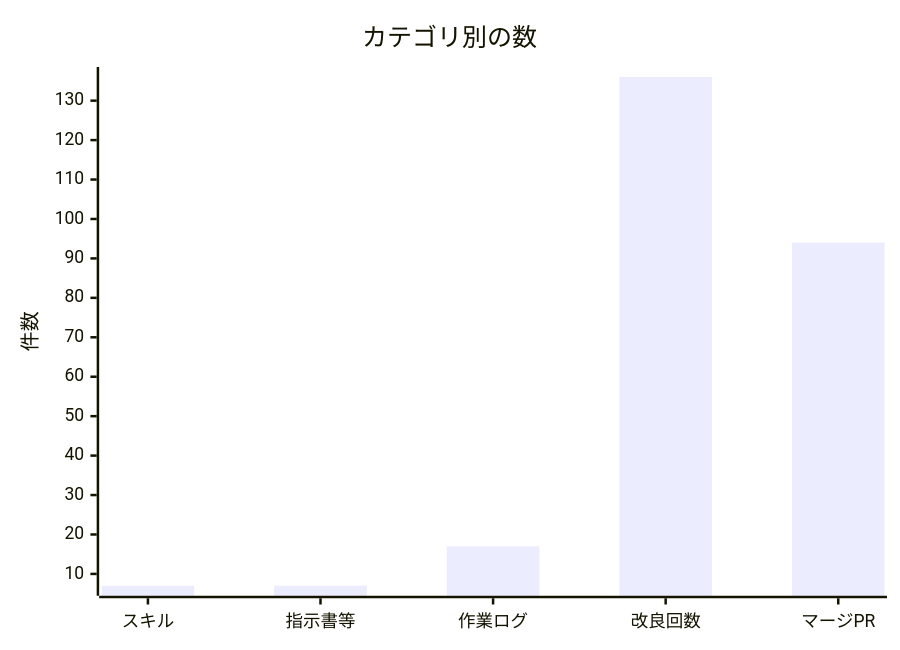
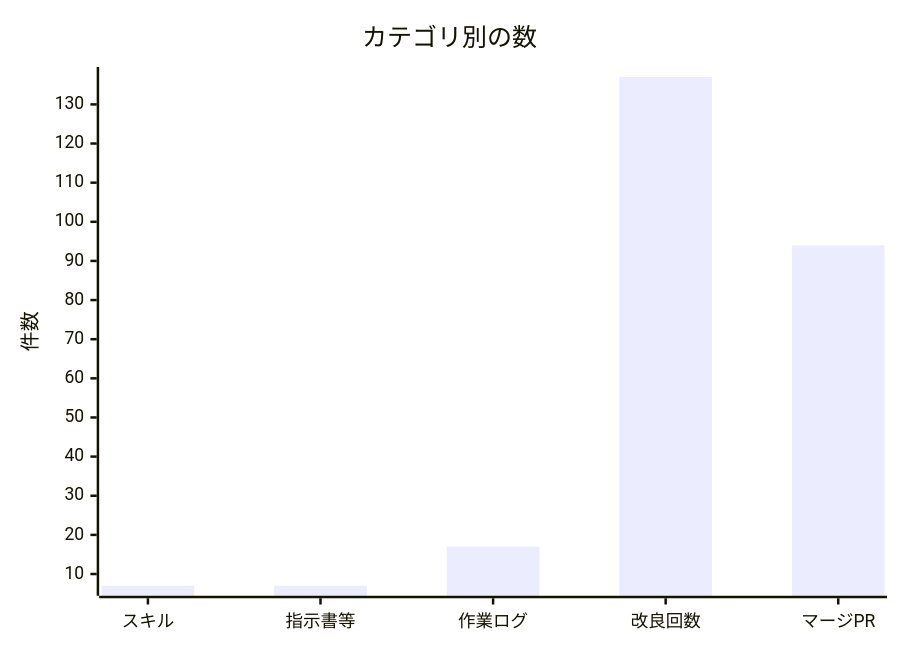
One commit to non-x2/non-x2 changed the second of 2 diagrams in docs/進化レポート.md. Above: the diagram before and after it, drawn with Mermaid. The commit also changed other lines of this file and 1 other file, not shown here.

````diff
--- a/docs/進化レポート.md
+++ b/docs/進化レポート.md
@@ -35,7 +35,7 @@
 ```mermaid
 xychart-beta
     title "カテゴリ別の数"
     x-axis ["スキル", "指示書等", "作業ログ", "改良回数", "マージPR"]
     y-axis "件数"
-    bar [7, 7, 17, 136, 94]
+    bar [7, 7, 17, 137, 94]
 ```
````
